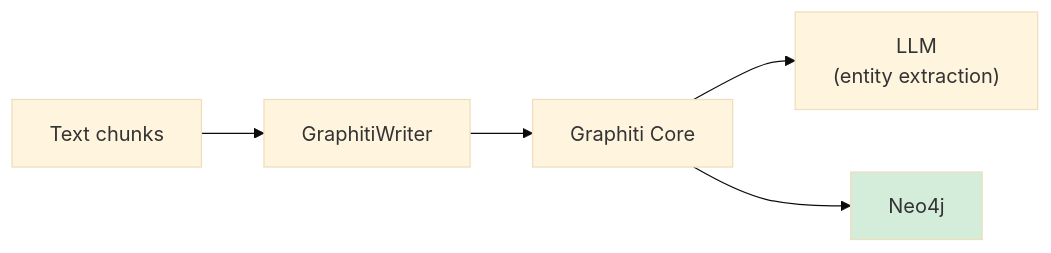
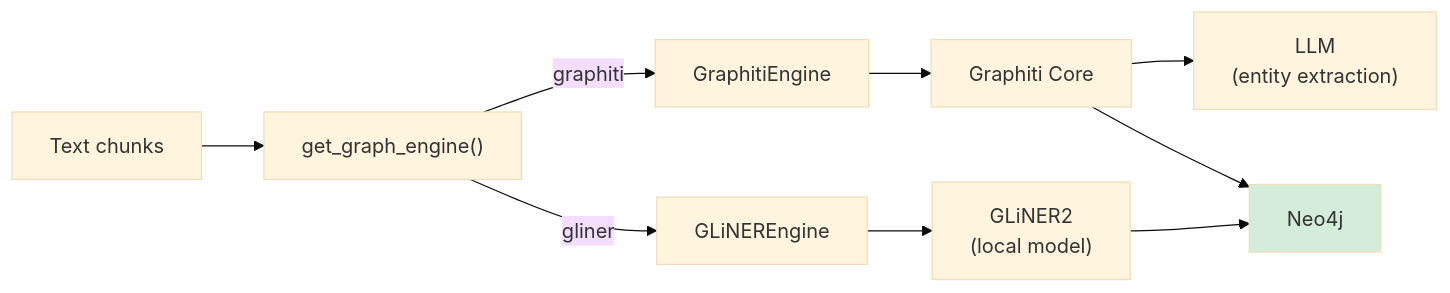
The diagram in docs/ingestion/knowledge-graph.md (dollro/spektr), drawn with Mermaid (base theme) before and after one commit. The commit also changed other lines of this file and 8 other files, not shown here.

First line of the commit message:
docs: update documentation for modular graph engine (GLiNER2 + Graphiti)

````diff
--- a/docs/ingestion/knowledge-graph.md
+++ b/docs/ingestion/knowledge-graph.md
@@ -9,9 +14,13 @@
 ```mermaid
 flowchart LR
-    Chunks["Text chunks"] --> GW["GraphitiWriter"]
-    GW --> Graphiti["Graphiti Core"]
+    Chunks["Text chunks"] --> Factory["get_graph_engine()"]
+    Factory -->|graphiti| GE["GraphitiEngine"]
+    Factory -->|gliner| GL["GLiNEREngine"]
+    GE --> Graphiti["Graphiti Core"]
     Graphiti --> LLM["LLM\n(entity extraction)"]
     Graphiti --> Neo4j["Neo4j"]
+    GL --> GLiNER["GLiNER2\n(local model)"]
+    GLiNER --> Neo4j
 
     style Neo4j fill:#d4edda
 ```
````
